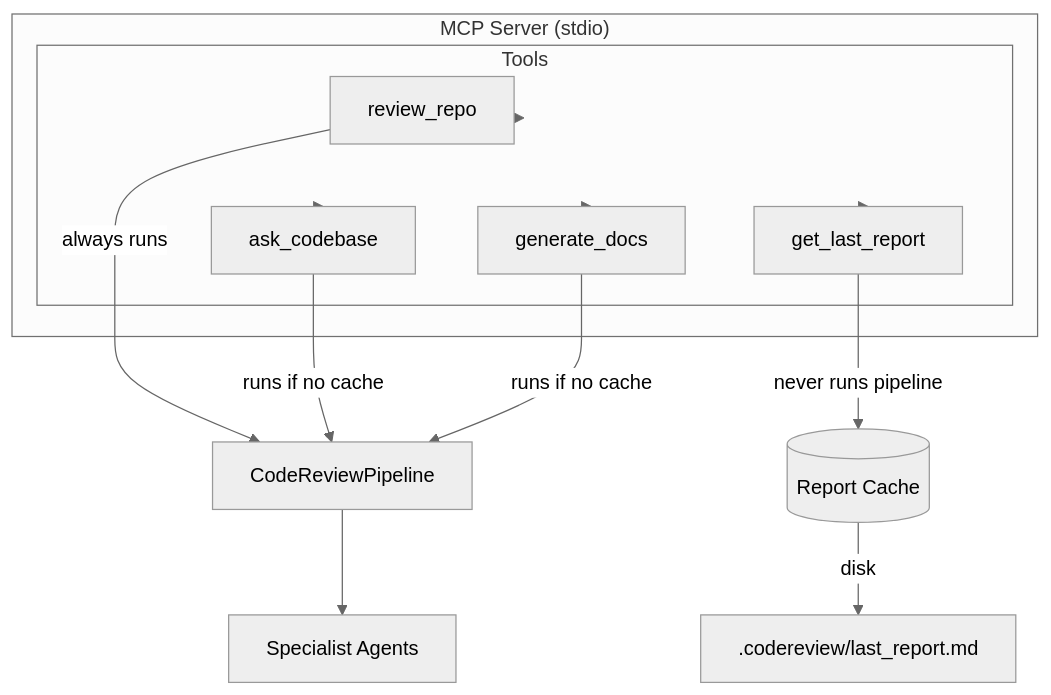
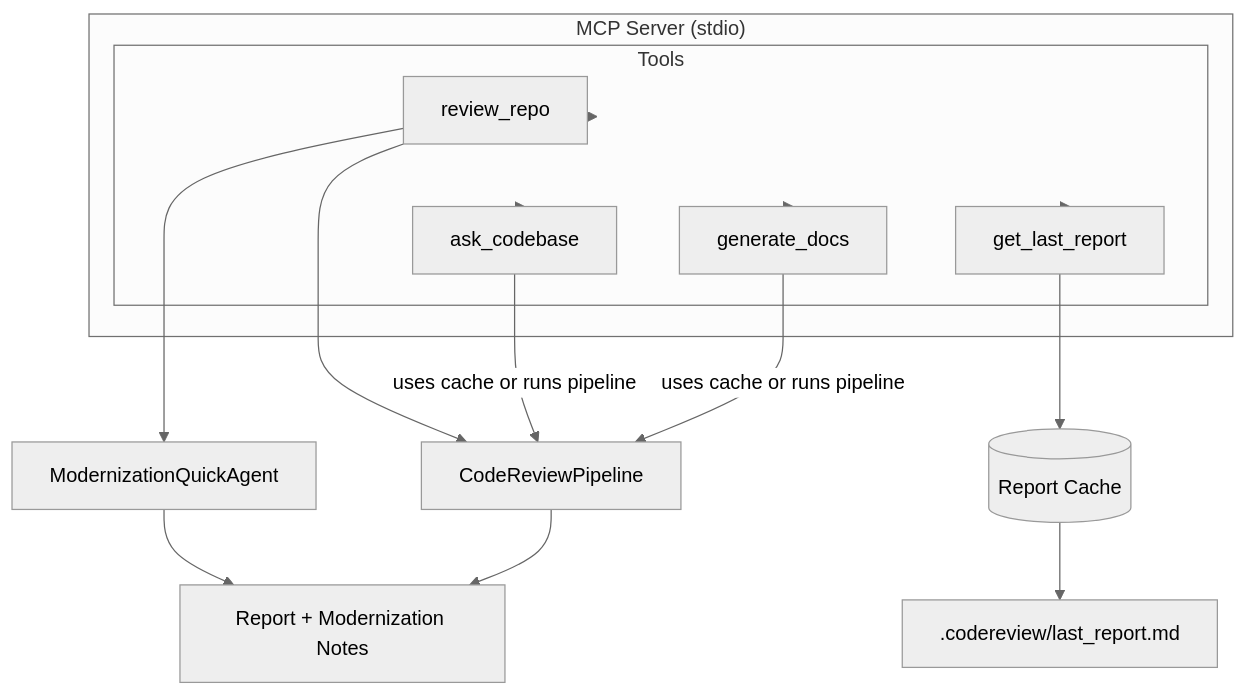
One commit to bhavyananda17/multi_agent_code_review_mcpserver changed the fifth of 5 diagrams in README.md. Above: the diagram before and after it, drawn with Mermaid (neutral theme). The commit also changed other lines of this file, not shown here.

````diff
--- a/README.md
+++ b/README.md
@@ -264,26 +242,29 @@
 ```mermaid
 graph TB
     subgraph "MCP Server (stdio)"
         Tools[CodeReviewMcpTools]
     end
 
     subgraph "Tools"
         T1[review_repo]
         T2[ask_codebase]
         T3[get_last_report]
         T4[generate_docs]
     end
 
     Tools --> T1
     Tools --> T2
     Tools --> T3
     Tools --> T4
 
-    T1 -->|"always runs"| Pipeline[CodeReviewPipeline]
-    T2 -->|"runs if no cache"| Pipeline
-    T3 -->|"never runs pipeline"| Cache[(Report Cache)]
-    T4 -->|"runs if no cache"| Pipeline
+    T1 --> Pipeline[CodeReviewPipeline]
+    T1 --> Modern[ModernizationQuickAgent]
+    Modern --> Report[Report + Modernization Notes]
 
-    Pipeline --> Agents[Specialist Agents]
-    Cache -->|"disk"| Disk[.codereview/last_report.md]
+    T2 -->|"uses cache or runs pipeline"| Pipeline
+    T3 --> Cache[(Report Cache)]
+    T4 -->|"uses cache or runs pipeline"| Pipeline
+
+    Pipeline --> Report
+    Cache --> Disk[.codereview/last_report.md]
 ```
````
